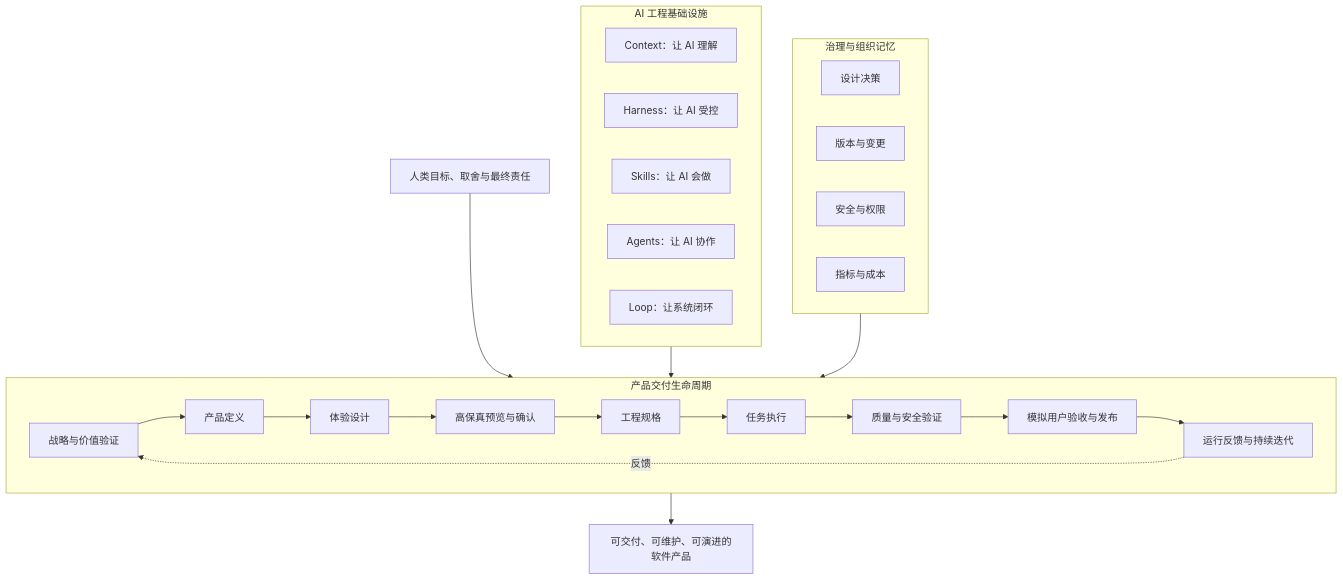
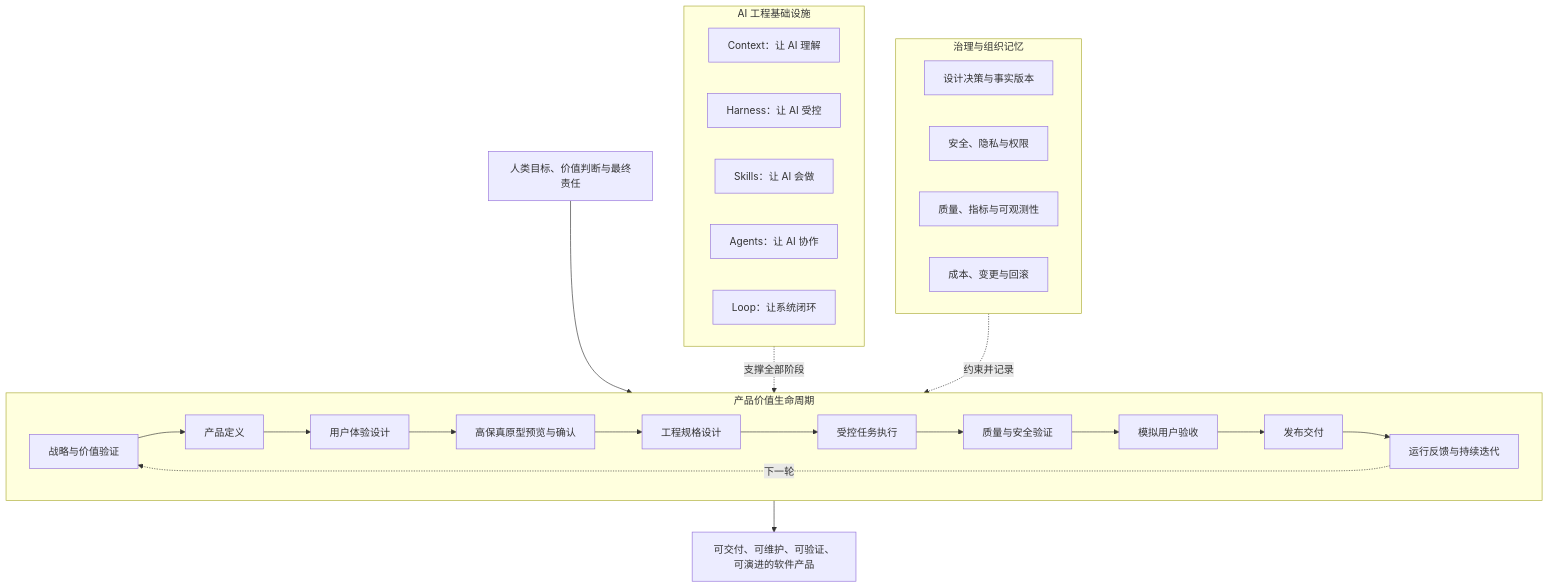
The first of 2 diagrams in README.md (zhidao-studio/ai-product-engineering-framework), drawn with Mermaid before and after one commit. The commit also changed other lines of this file, not shown here.

````diff
--- a/README.md
+++ b/README.md
@@ -21,36 +23,37 @@
 ```mermaid
 flowchart TB
-    H[人类目标、取舍与最终责任]
+    H[人类目标、价值判断与最终责任]
 
-    subgraph L[产品交付生命周期]
+    subgraph L[产品价值生命周期]
         L1[战略与价值验证] --> L2[产品定义]
-        L2 --> L3[体验设计]
-        L3 --> L4[高保真预览与确认]
-        L4 --> L5[工程规格]
-        L5 --> L6[任务执行]
+        L2 --> L3[用户体验设计]
+        L3 --> L4[高保真原型预览与确认]
+        L4 --> L5[工程规格设计]
+        L5 --> L6[受控任务执行]
         L6 --> L7[质量与安全验证]
-        L7 --> L8[模拟用户验收与发布]
-        L8 --> L9[运行反馈与持续迭代]
-        L9 -.反馈.-> L1
+        L7 --> L8[模拟用户验收]
+        L8 --> L9[发布交付]
+        L9 --> L10[运行反馈与持续迭代]
+        L10 -.下一轮.-> L1
     end
 
     subgraph I[AI 工程基础设施]
         I1[Context：让 AI 理解]
         I2[Harness：让 AI 受控]
         I3[Skills：让 AI 会做]
         I4[Agents：让 AI 协作]
         I5[Loop：让系统闭环]
     end
 
     subgraph G[治理与组织记忆]
-        G1[设计决策]
-        G2[版本与变更]
-        G3[安全与权限]
-        G4[指标与成本]
+        G1[设计决策与事实版本]
+        G2[安全、隐私与权限]
+        G3[质量、指标与可观测性]
+        G4[成本、变更与回滚]
     end
 
     H --> L
-    I --> L
-    G --> L
-    L --> P[可交付、可维护、可演进的软件产品]
+    I -.支撑全部阶段.-> L
+    G -.约束并记录.-> L
+    L --> P[可交付、可维护、可验证、可演进的软件产品]
 ```
````
